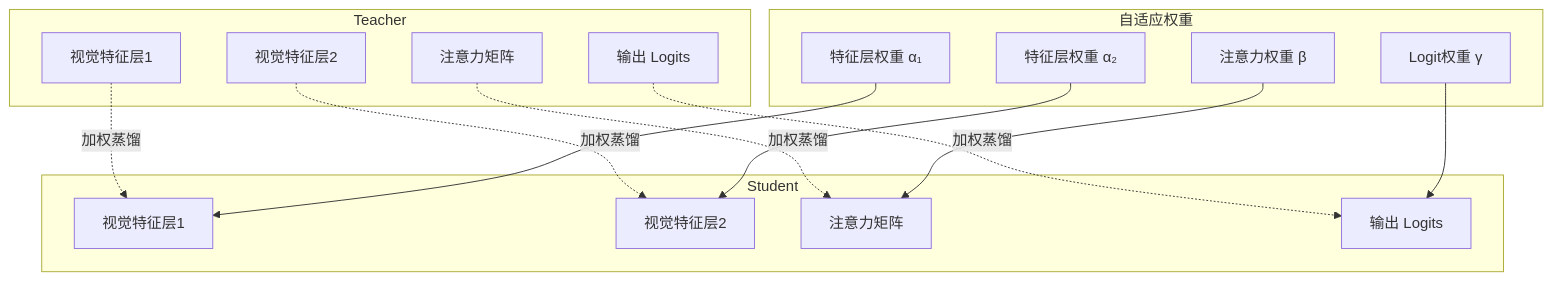
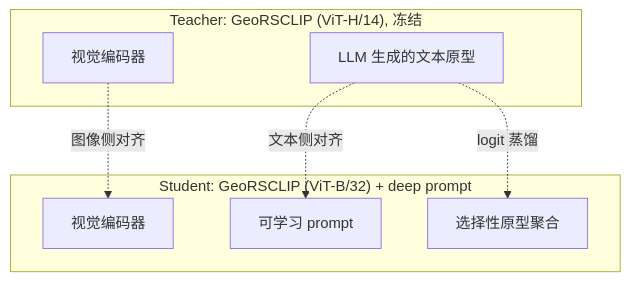
Before and after one commit to Qxy661/UAV-WM-VLA-Learning: the fifth of 11 diagrams in docs/04-VLM专题/04-边缘VLM部署.md, drawn with Mermaid. The commit also changed other lines of this file and 53 other files, not shown here.

````diff
--- a/docs/04-VLM专题/04-边缘VLM部署.md
+++ b/docs/04-VLM专题/04-边缘VLM部署.md
@@ -246,33 +237,17 @@
 ```mermaid
 graph TB
-    subgraph Teacher
-        T1[视觉特征层1]
-        T2[视觉特征层2]
-        T3[注意力矩阵]
-        T4[输出 Logits]
+    subgraph Teacher["Teacher: GeoRSCLIP (ViT-H/14), 冻结"]
+        T1[视觉编码器]
+        T2[LLM 生成的文本原型]
     end
-    
-    subgraph Student
-        S1[视觉特征层1]
-        S2[视觉特征层2]
-        S3[注意力矩阵]
-        S4[输出 Logits]
+
+    subgraph Student["Student: GeoRSCLIP (ViT-B/32) + deep prompt"]
+        S1[视觉编码器]
+        S2[可学习 prompt]
+        S3[选择性原型聚合]
     end
-    
-    subgraph 自适应权重
-        W1[特征层权重 α₁]
-        W2[特征层权重 α₂]
-        W3[注意力权重 β]
-        W4[Logit权重 γ]
-    end
-    
-    T1 -.->|加权蒸馏| S1
-    T2 -.->|加权蒸馏| S2
-    T3 -.->|加权蒸馏| S3
-    T4 -.->|加权蒸馏| S4
-    
-    W1 --> S1
-    W2 --> S2
-    W3 --> S3
-    W4 --> S4
+
+    T1 -.->|图像侧对齐| S1
+    T2 -.->|文本侧对齐| S2
+    T2 -.->|logit 蒸馏| S3
 ```
````
